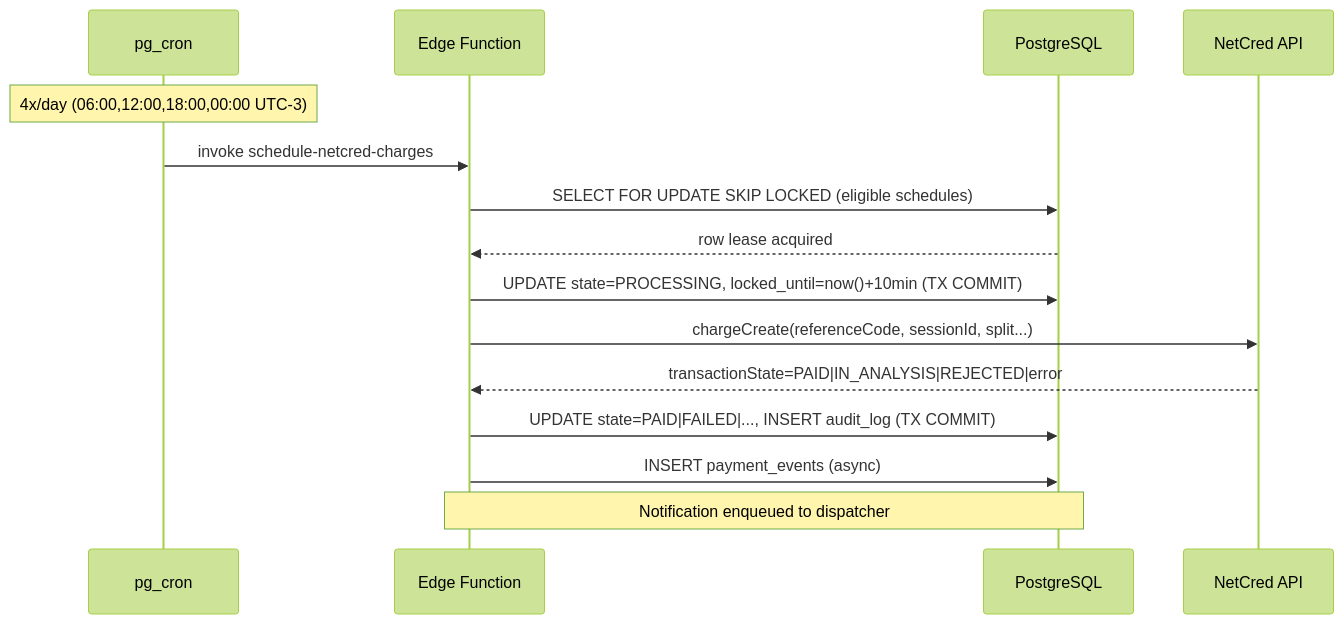
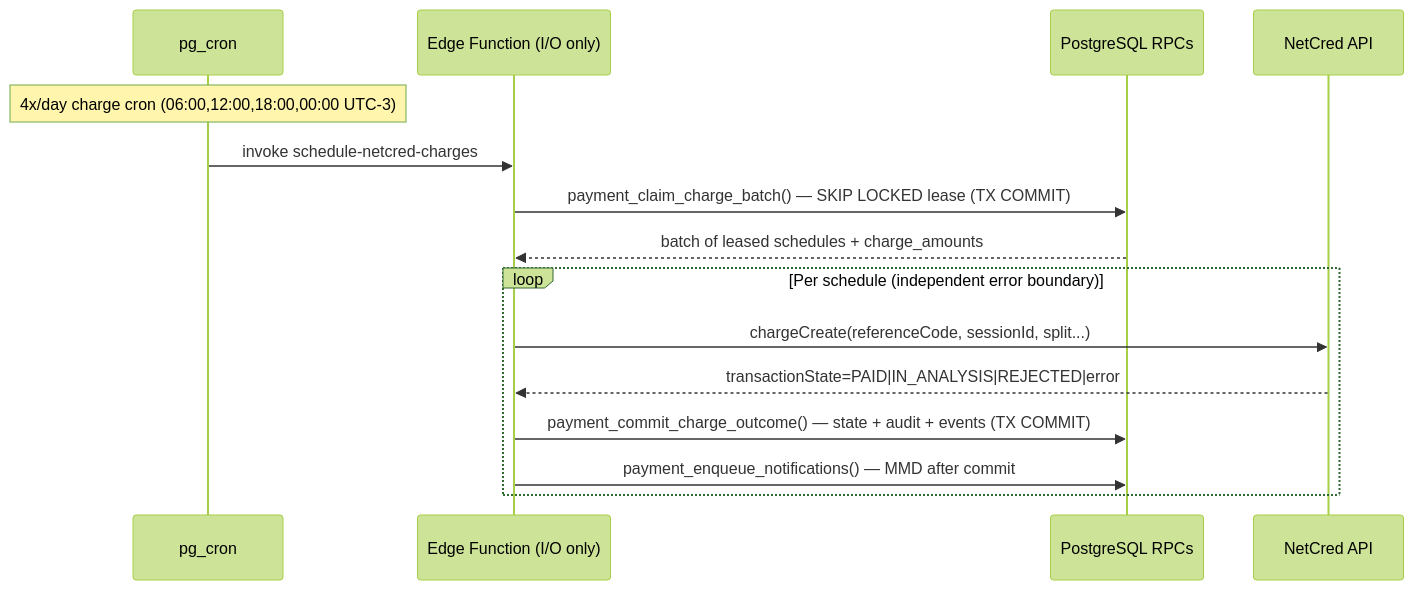
One commit to higorpo/renovi-orbit-test changed the second of 18 diagrams in docs/payment-system/design.md. Above: the diagram before and after it, drawn with Mermaid (forest theme). The commit also changed other lines of this file and 4 other files, not shown here.

First line of the commit message:
Add payment split and commission model documentation

````diff
--- a/docs/payment-system/design.md
+++ b/docs/payment-system/design.md
@@ -104,18 +128,18 @@
 ```mermaid
 sequenceDiagram
     participant C as pg_cron
-    participant EF as Edge Function
-    participant PG as PostgreSQL
+    participant EF as Edge Function (I/O only)
+    participant PG as PostgreSQL RPCs
     participant NC as NetCred API
 
-    Note over C: 4x/day (06:00,12:00,18:00,00:00 UTC-3)
+    Note over C: 4x/day charge cron (06:00,12:00,18:00,00:00 UTC-3)
     C->>EF: invoke schedule-netcred-charges
-    EF->>PG: SELECT FOR UPDATE SKIP LOCKED (eligible schedules)
-    PG-->>EF: row lease acquired
-    EF->>PG: UPDATE state=PROCESSING, locked_until=now()+10min (TX COMMIT)
-    EF->>NC: chargeCreate(referenceCode, sessionId, split...)
-    NC-->>EF: transactionState=PAID|IN_ANALYSIS|REJECTED|error
-    EF->>PG: UPDATE state=PAID|FAILED|..., INSERT audit_log (TX COMMIT)
-    EF->>PG: INSERT payment_events (async)
-    Note over EF,PG: Notification enqueued to dispatcher
+    EF->>PG: payment_claim_charge_batch() — SKIP LOCKED lease (TX COMMIT)
+    PG-->>EF: batch of leased schedules + charge_amounts
+    loop Per schedule (independent error boundary)
+        EF->>NC: chargeCreate(referenceCode, sessionId, split...)
+        NC-->>EF: transactionState=PAID|IN_ANALYSIS|REJECTED|error
+        EF->>PG: payment_commit_charge_outcome() — state + audit + events (TX COMMIT)
+        EF->>PG: payment_enqueue_notifications() — MMD after commit
+    end
 ```
````
